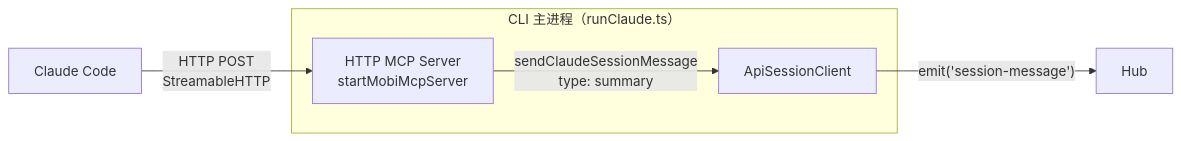
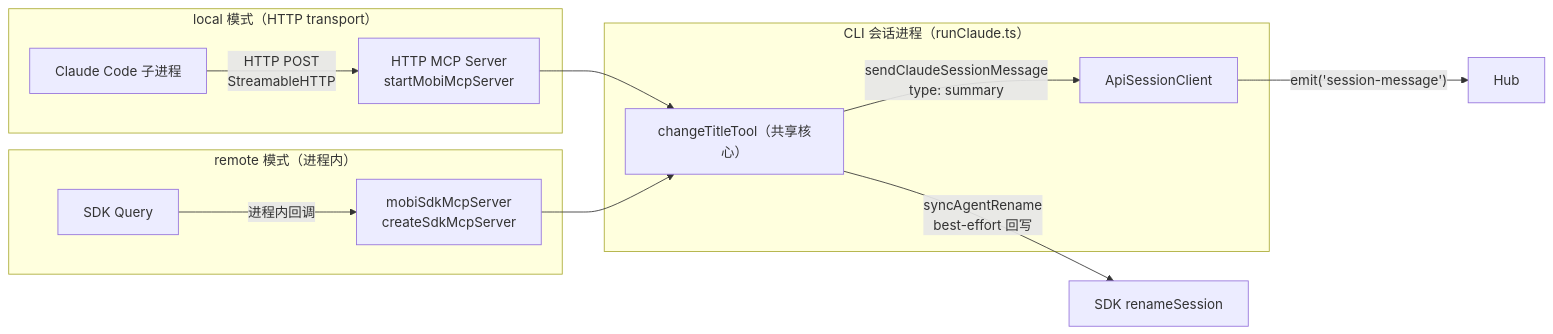
The first of 3 diagrams in docs/architecture/cli/commands/mcp/README.md (ModuBit/mobi), drawn with Mermaid before and after one commit. The commit also changed other lines of this file and 4 other files, not shown here.

First line of the commit message:
docs(cli): 架构文档对齐 hook/MCP transport 分流（治理 ticket 03/03）

````diff
--- a/docs/architecture/cli/commands/mcp/README.md
+++ b/docs/architecture/cli/commands/mcp/README.md
@@ -11,11 +14,21 @@
 ```mermaid
 flowchart LR
-    Claude["Claude Code"] -->|"HTTP POST<br/>StreamableHTTP"| HTTP["HTTP MCP Server<br/>startMobiMcpServer"]
-    HTTP -->|"sendClaudeSessionMessage<br/>type: summary"| Session["ApiSessionClient"]
+    subgraph Local["local 模式（HTTP transport）"]
+        CC1["Claude Code 子进程"] -->|"HTTP POST<br/>StreamableHTTP"| HTTP["HTTP MCP Server<br/>startMobiMcpServer"]
+    end
+    subgraph Remote["remote 模式（进程内）"]
+        SDK["SDK Query"] -->|"进程内回调"| Sdk["mobiSdkMcpServer<br/>createSdkMcpServer"]
+    end
+    HTTP --> Core
+    Sdk --> Core["changeTitleTool（共享核心）"]
+    Core -->|"sendClaudeSessionMessage<br/>type: summary"| Session["ApiSessionClient"]
+    Core -->|"syncAgentRename<br/>best-effort 回写"| CC["SDK renameSession"]
     Session -->|"emit('session-message')"| Hub["Hub"]
 
-    subgraph "CLI 主进程（runClaude.ts）"
+    subgraph "CLI 会话进程（runClaude.ts）"
         HTTP
+        Sdk
+        Core
         Session
     end
 ```
````
